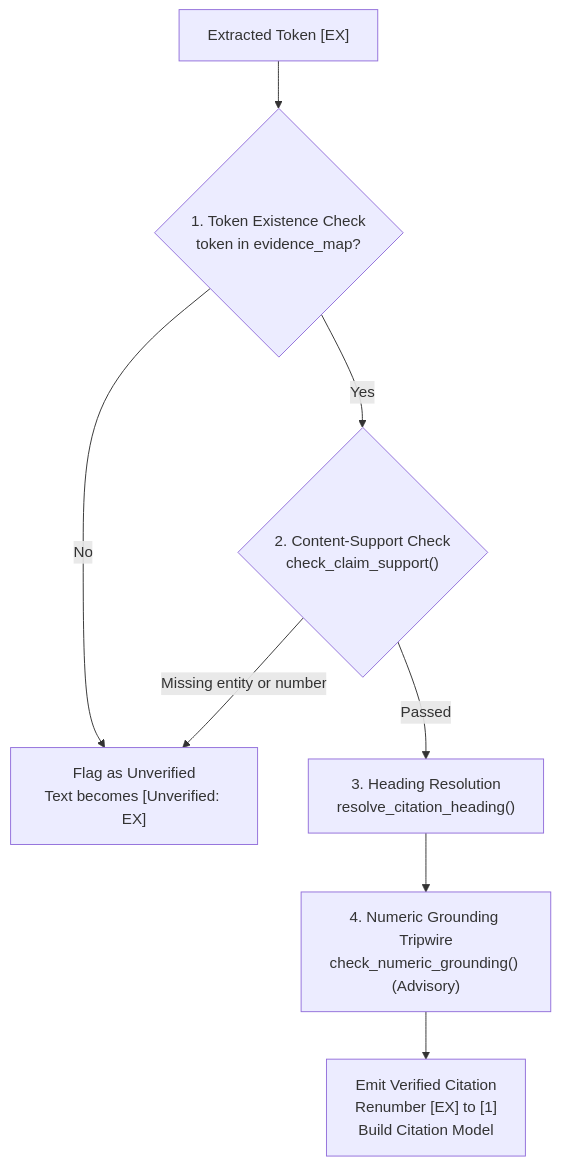
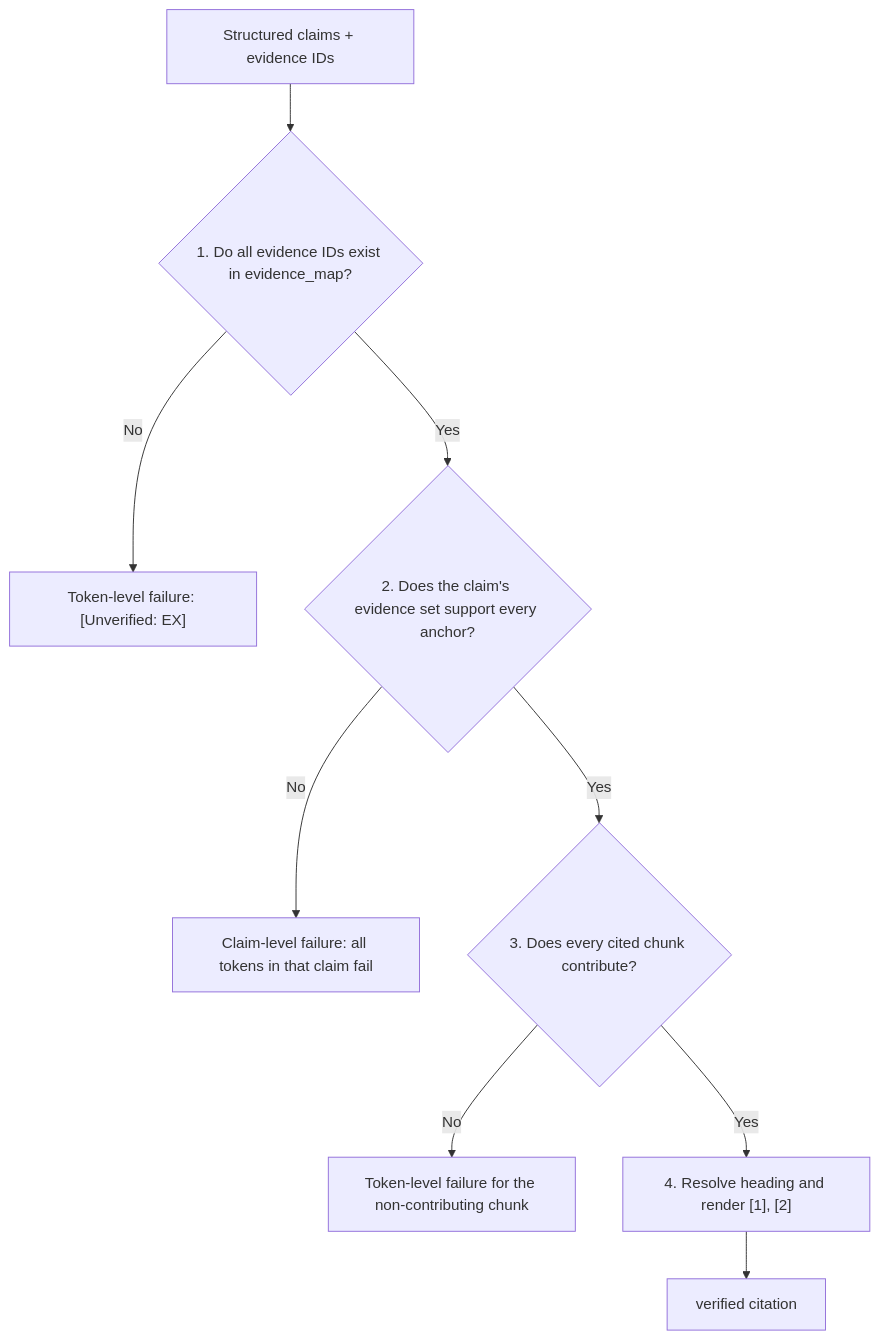
One commit to KushagraPan/ai-due-diligence-copilot changed the diagram in docs/learning/13_citations.md. Above: the diagram before and after it, drawn with Mermaid. The commit also changed other lines of this file and 8 other files, not shown here.

Commit message:
Document structured claim citation verification

````diff
--- a/docs/learning/13_citations.md
+++ b/docs/learning/13_citations.md
@@ -80,16 +278,11 @@
 ```mermaid
 flowchart TD
-    TokenIn["Extracted Token [EX]"] --> Step1{"1. Token Existence Check<br/>token in evidence_map?"}
-    
-    Step1 -->|No| Unverified["Flag as Unverified<br/>Text becomes [Unverified: EX]"]
-    
-    Step1 -->|Yes| Step2{"2. Content-Support Check<br/>check_claim_support()"}
-    
-    Step2 -->|Missing entity or number| Unverified
-    
-    Step2 -->|Passed| Step3["3. Heading Resolution<br/>resolve_citation_heading()"]
-    
-    Step3 --> Step4["4. Numeric Grounding Tripwire<br/>check_numeric_grounding() (Advisory)"]
-    
-    Step4 --> Valid["Emit Verified Citation<br/>Renumber [EX] to [1]<br/>Build Citation Model"]
+    Claims["Structured claims + evidence IDs"] --> Existence{"1. Do all evidence IDs exist in evidence_map?"}
+    Existence -->|No| TokenFail["Token-level failure: [Unverified: EX]"]
+    Existence -->|Yes| Support{"2. Does the claim's evidence set support every anchor?"}
+    Support -->|No| ClaimFail["Claim-level failure: all tokens in that claim fail"]
+    Support -->|Yes| Contribution{"3. Does every cited chunk contribute?"}
+    Contribution -->|No| Partial["Token-level failure for the non-contributing chunk"]
+    Contribution -->|Yes| Heading["4. Resolve heading and render [1], [2]"]
+    Heading --> Verified["verified citation"]
 ```
````
